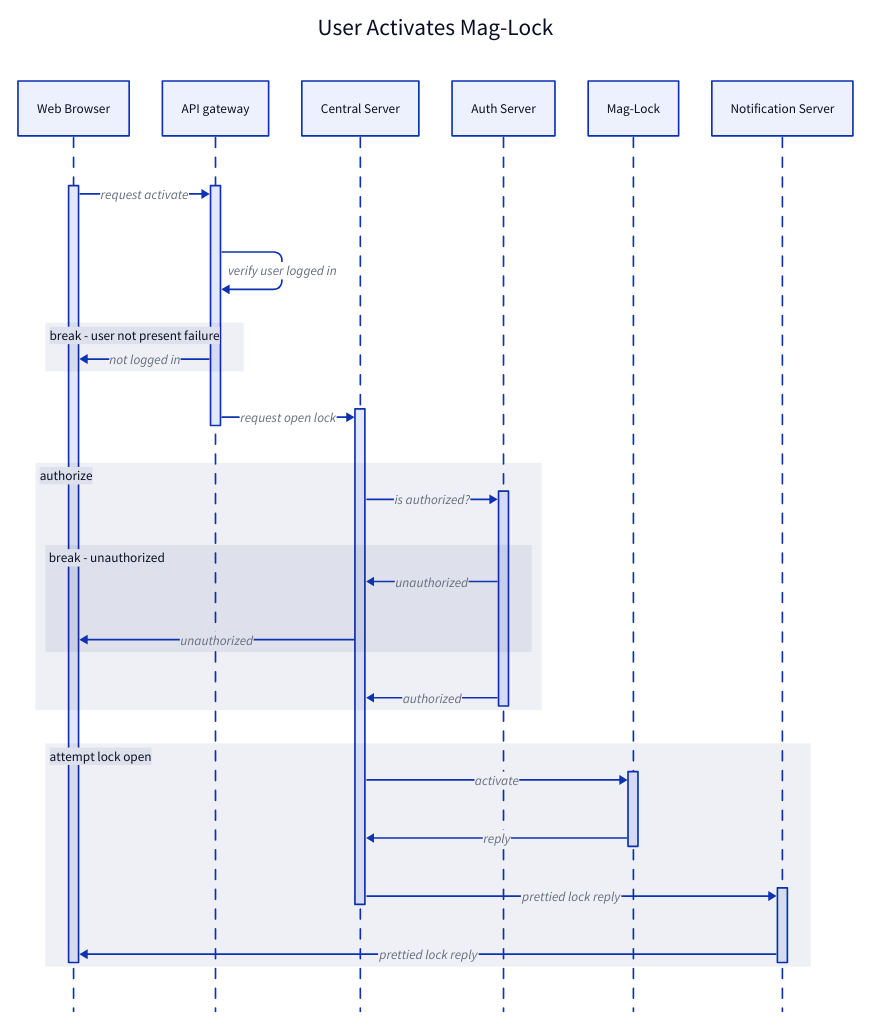
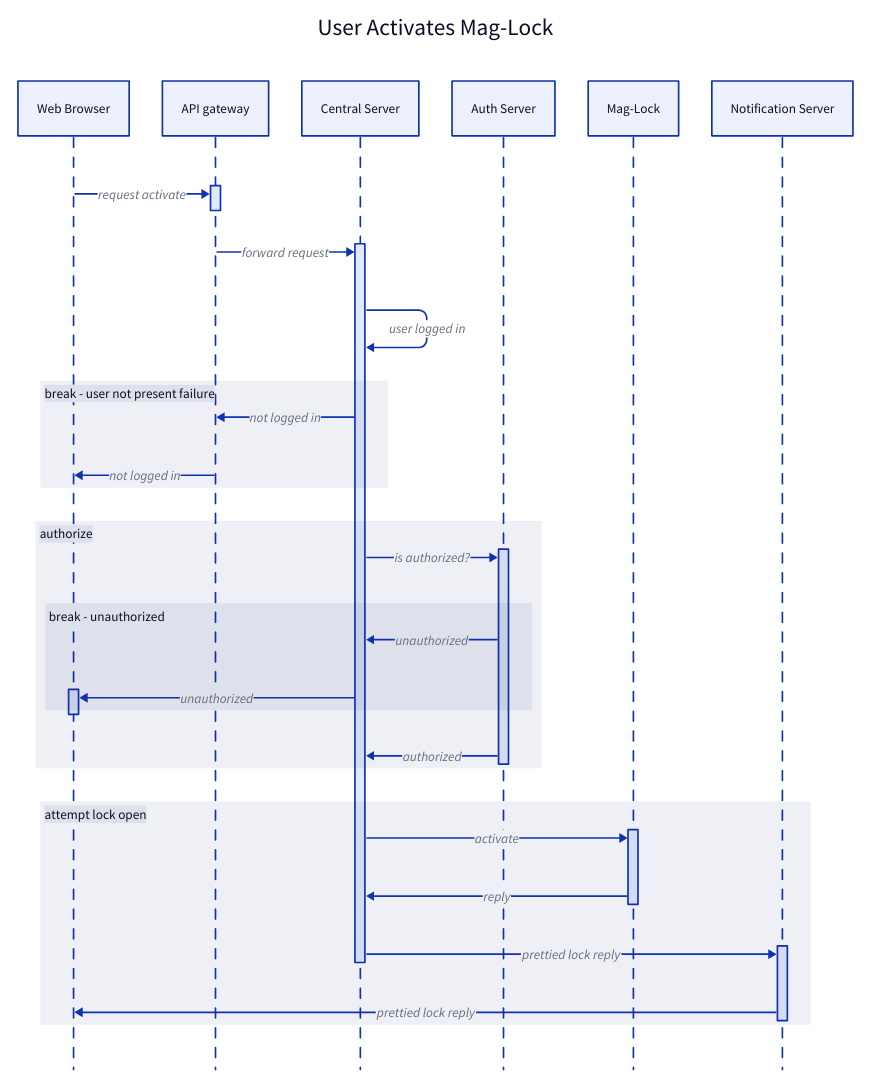
The diagram in Writerside/topics/sequence.md (nchandlersmith/udacity-exercises), drawn with D2 before and after one commit.

Commit message:
fix: update my solution

````diff
--- a/Writerside/topics/sequence.md
+++ b/Writerside/topics/sequence.md
@@ -2,34 +2,35 @@
 ```D2
 User Activates Mag-Lock: {
     shape: sequence_diagram
     browser: Web Browser
     gateway: API gateway
     central: Central Server
     auth: Auth Server
     lock: Mag-Lock
     notification: Notification Server
     
-    browser.a -> gateway.a: request activate
-    gateway.a -> gateway.a: verify user logged in
+    browser -> gateway.a: request activate
+    gateway -> central.a: forward request
+    central.a -> central.a: user logged in
     break - user not present failure: {
-        gateway.a -> browser.a: not logged in 
+        central.a -> gateway: not logged in
+        gateway -> browser: not logged in 
     }
-    gateway.a -> central.a: request open lock
     
     authorize: {
         central.a -> auth.a: is authorized?
         break - unauthorized: {
             auth.a -> central.a: unauthorized
             central.a -> browser.a: unauthorized
         }
         auth.a -> central.a: authorized
     }
 
     attempt lock open: {
         central.a -> lock.a: activate
         lock.a -> central.a: reply
         central.a -> notification.a: prettied lock reply
-        notification.a -> browser.a: prettied lock reply
+        notification.a -> browser: prettied lock reply
     }
 }
 ```
````
